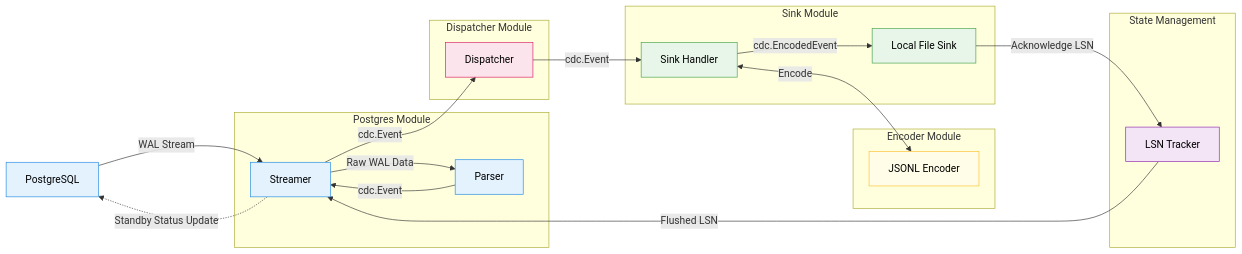
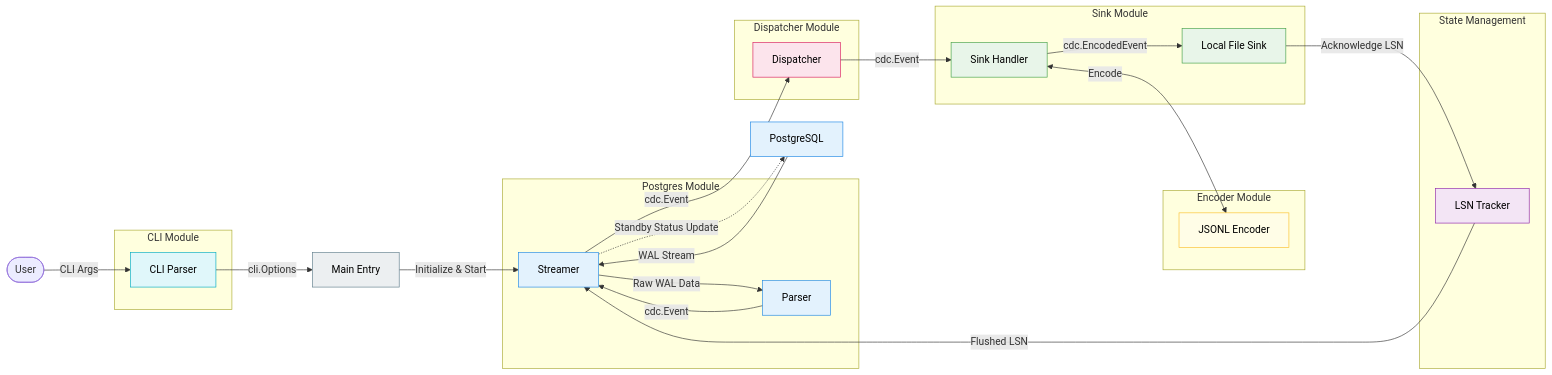
Before and after one commit to 001AJD/pg-wal-stream: the diagram in readme.md, drawn with Mermaid. The commit also changed other lines of this file and 2 other files, not shown here.

Commit message:
feat: add cli module

````diff
--- a/readme.md
+++ b/readme.md
@@ -25,49 +25,62 @@
 ```mermaid
 graph LR
-    PostgresDB[PostgreSQL] -->|WAL Stream| Streamer[Streamer]
+    User([User]) -->|CLI Args| CLIParser[CLI Parser]
+
+    subgraph CLIModule["CLI Module"]
+        CLIParser
+    end
+
+    CLIParser -->|cli.Options| Main[Main Entry]
+    Main -->|Initialize & Start| Streamer[Streamer]
+    
+    PostgresDB[PostgreSQL] -->|WAL Stream| Streamer
 
     subgraph PostgresModule["Postgres Module"]
         Streamer -->|Raw WAL Data| Parser[Parser]
         Parser -->|cdc.Event| Streamer
     end
 
     Streamer -->|cdc.Event| Dispatcher[Dispatcher]
 
     subgraph DispatcherModule["Dispatcher Module"]
         Dispatcher
     end
 
     Dispatcher -->|cdc.Event| SinkHandler[Sink Handler]
 
     subgraph EncoderModule["Encoder Module"]
         Encoder[JSONL Encoder]
     end
 
     subgraph SinkModule["Sink Module"]
         SinkHandler
         LocalFileSink[Local File Sink]
     end
 
     SinkHandler <-->|Encode| Encoder
     SinkHandler -->|cdc.EncodedEvent| LocalFileSink
 
     subgraph StateManagement["State Management"]
         Tracker[LSN Tracker]
     end
 
     LocalFileSink -->|Acknowledge LSN| Tracker
     Tracker -->|Flushed LSN| Streamer
     Streamer -.->|Standby Status Update| PostgresDB
 
+    classDef cli fill:#E0F7FA,stroke:#00ACC1,color:#000000
+    classDef main fill:#ECEFF1,stroke:#607D8B,color:#000000
     classDef postgres fill:#E3F2FD,stroke:#1E88E5,color:#000000
     classDef dispatcher fill:#FCE4EC,stroke:#D81B60,color:#000000
     classDef sink fill:#E8F5E9,stroke:#43A047,color:#000000
     classDef encoder fill:#FFFDE7,stroke:#FBC02D,color:#000000
     classDef state fill:#F3E5F5,stroke:#8E24AA,color:#000000
 
+    class CLIParser cli
+    class Main main
     class PostgresDB,Streamer,Parser postgres
     class Dispatcher dispatcher
     class SinkHandler,LocalFileSink sink
     class Encoder encoder
     class Tracker state
 ```
````
